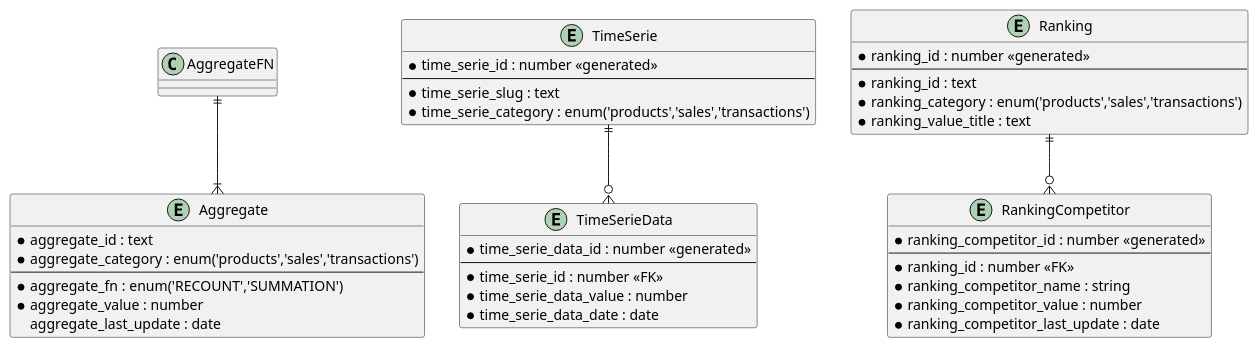
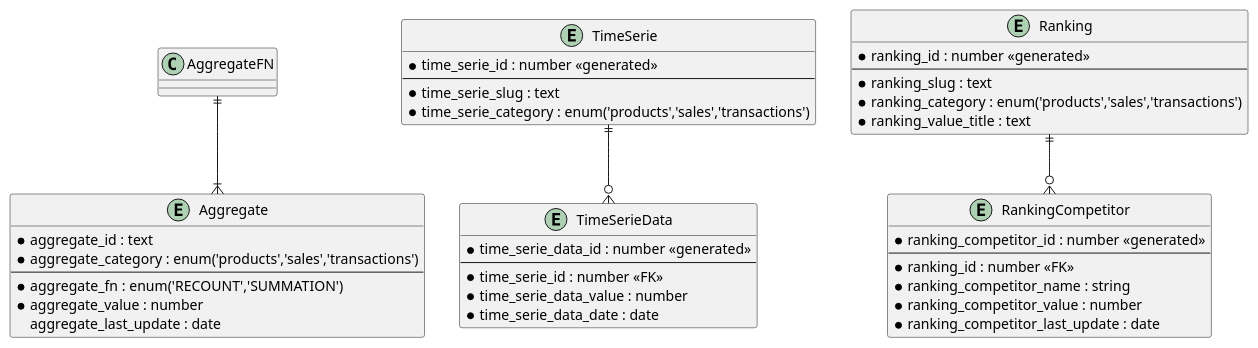
The diagram in docs/diagrams/database/database-metrics.puml (joav/simple-sales-business), drawn with PlantUML before and after one commit.

Commit message:
Docs: Update database diagram

```diff
--- a/docs/diagrams/database/database-metrics.puml
+++ b/docs/diagrams/database/database-metrics.puml
@@ -2,52 +2,52 @@
 @startuml Database metrics tables
 
 ' Aggregate
 entity Aggregate {
   * aggregate_id : text
   * aggregate_category : enum('products','sales','transactions')
   --
   * aggregate_fn : enum('RECOUNT','SUMMATION')
   * aggregate_value : number
   aggregate_last_update : date
 }
 
 AggregateFN ||--|{ Aggregate
 
 ' TimeSerie
 entity TimeSerie {
   * time_serie_id : number <<generated>>
   --
   * time_serie_slug : text
   * time_serie_category : enum('products','sales','transactions')
 }
 
 entity TimeSerieData {
   * time_serie_data_id : number <<generated>>
   --
   * time_serie_id : number <<FK>>
   * time_serie_data_value : number
   * time_serie_data_date : date
 }
 
 TimeSerie ||--o{ TimeSerieData
 
 ' Ranking
 entity Ranking {
   * ranking_id : number <<generated>>
   --
-  * ranking_id : text
+  * ranking_slug : text
   * ranking_category : enum('products','sales','transactions')
   * ranking_value_title : text
 }
 
 entity RankingCompetitor {
   * ranking_competitor_id : number <<generated>>
   --
   * ranking_id : number <<FK>>
   * ranking_competitor_name : string
   * ranking_competitor_value : number
   * ranking_competitor_last_update : date
 }
 
 Ranking ||--o{ RankingCompetitor
 @enduml
```
